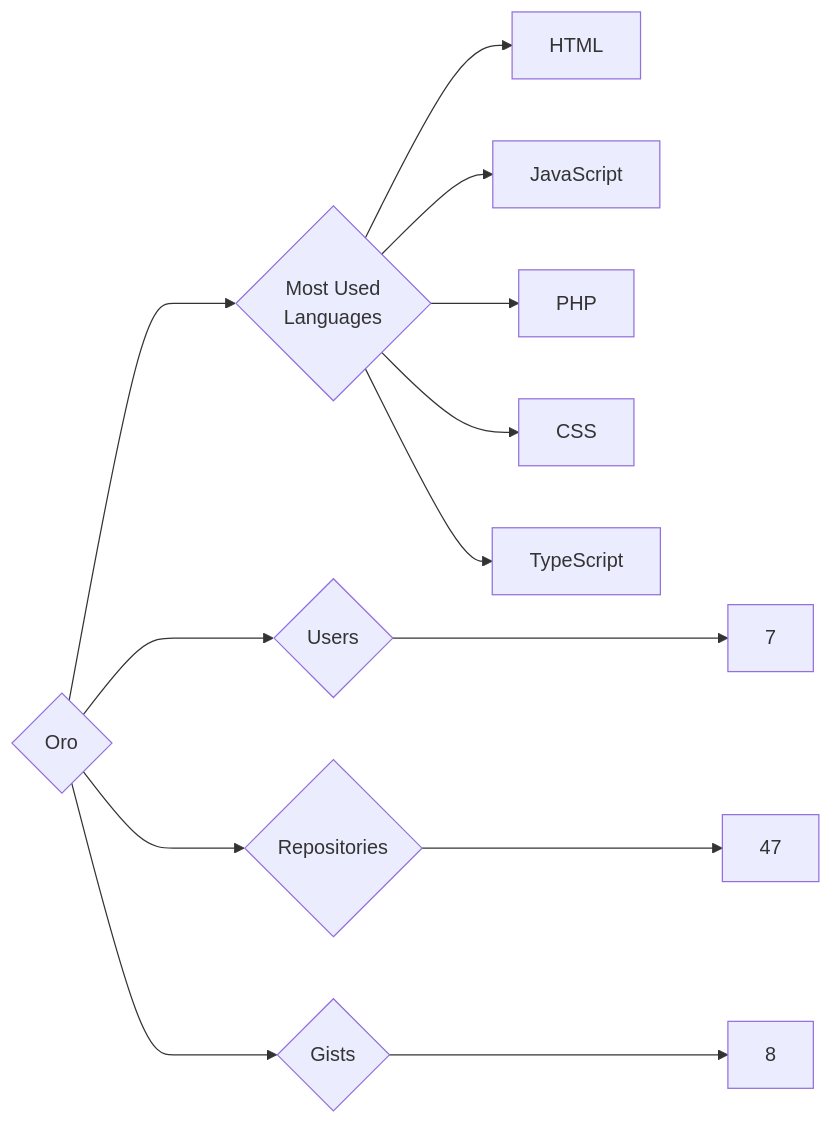
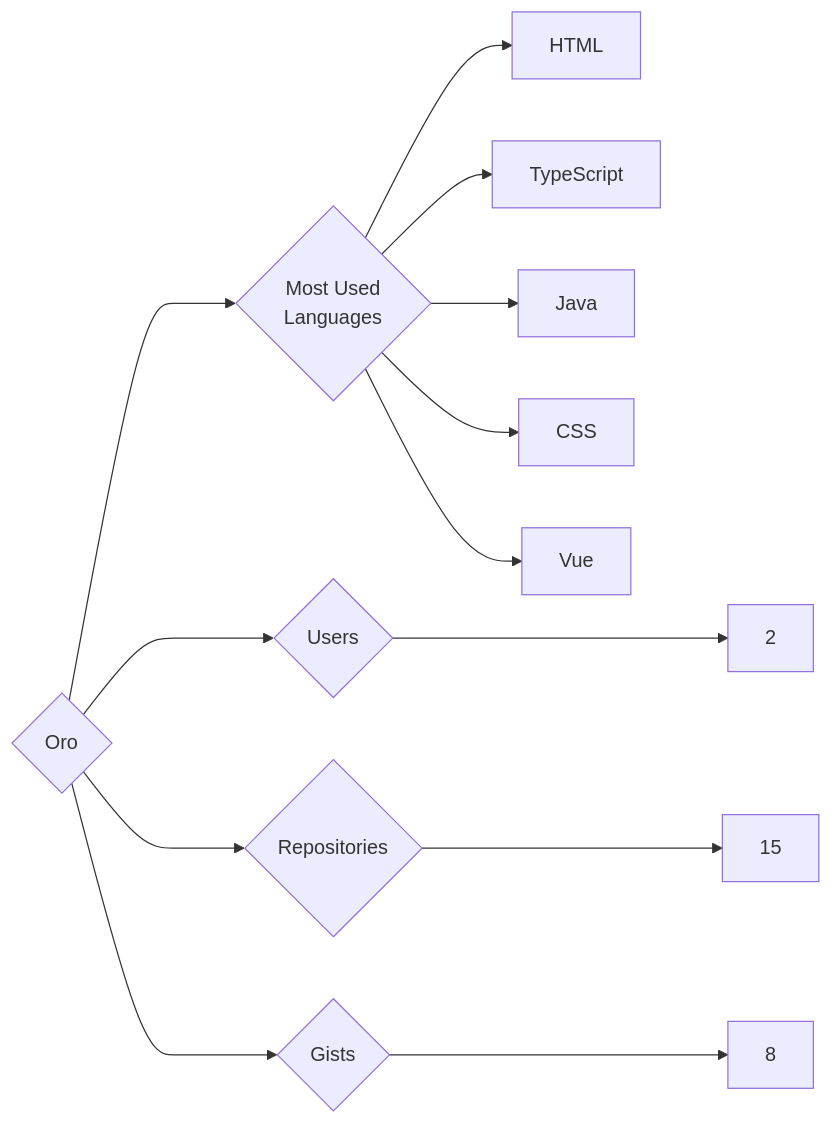
The diagram in targets/Oro/README.md (trickest/insiders), drawn with Mermaid before and after one commit. The commit also changed 582 other files, not shown here.

````diff
--- a/targets/Oro/README.md
+++ b/targets/Oro/README.md
@@ -3,13 +3,13 @@
 ```mermaid
 graph LR
 COMPANY_NAME{Oro}
-COMPANY_NAME ---> U{Users} ---> UN[7]
-COMPANY_NAME ---> R{Repositories} ---> RN[47]
+COMPANY_NAME ---> U{Users} ---> UN[2]
+COMPANY_NAME ---> R{Repositories} ---> RN[15]
 COMPANY_NAME ---> G{Gists} ---> GN[8]
 COMPANY_NAME ---> ML{Most Used<br>Languages}
 ML --> HTML[HTML]
-ML --> JavaScript[JavaScript]
-ML --> PHP[PHP]
+ML --> TypeScript[TypeScript]
+ML --> Java[Java]
 ML --> CSS[CSS]
-ML --> TypeScript[TypeScript]
+ML --> Vue[Vue]
 ```
````
